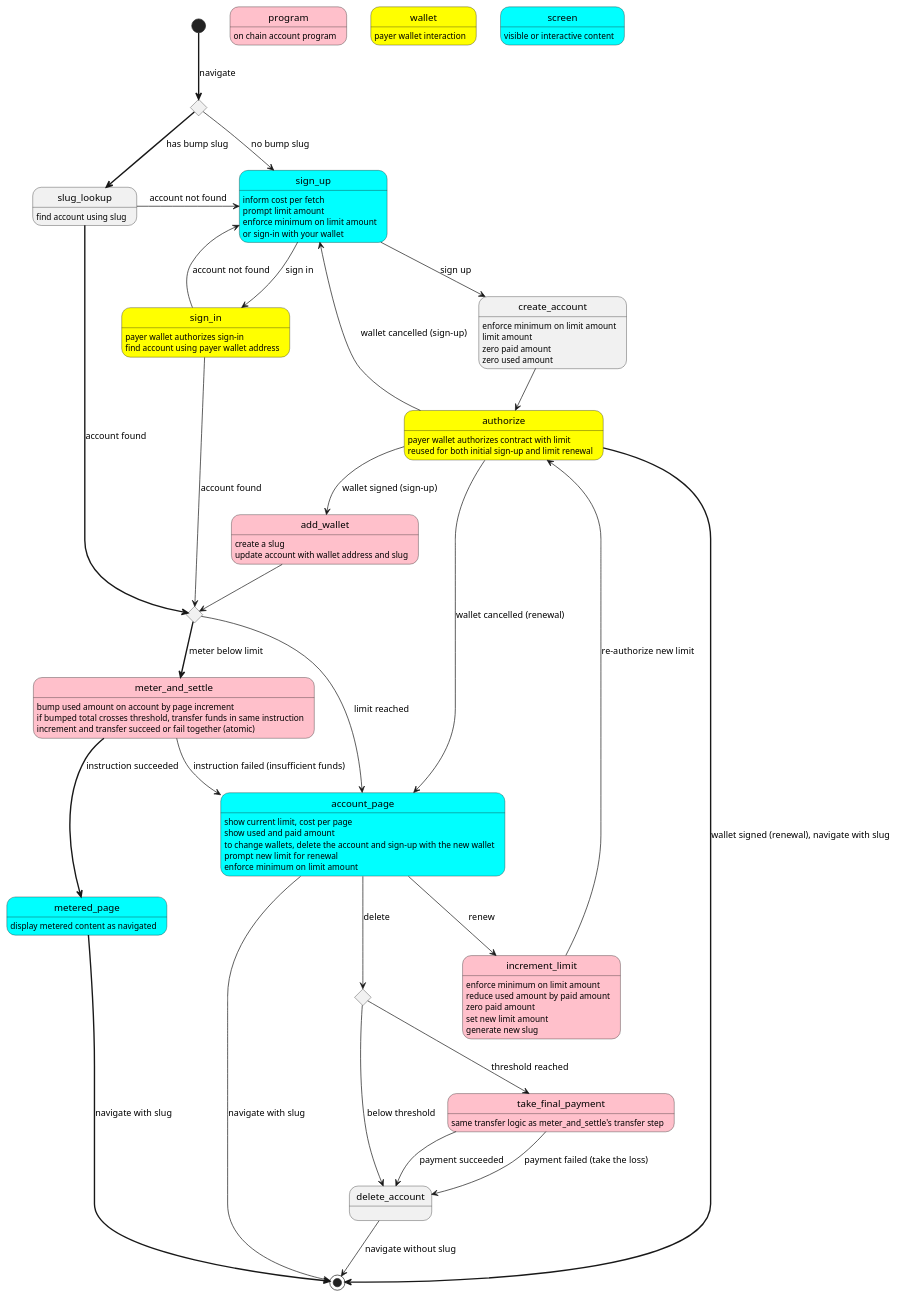
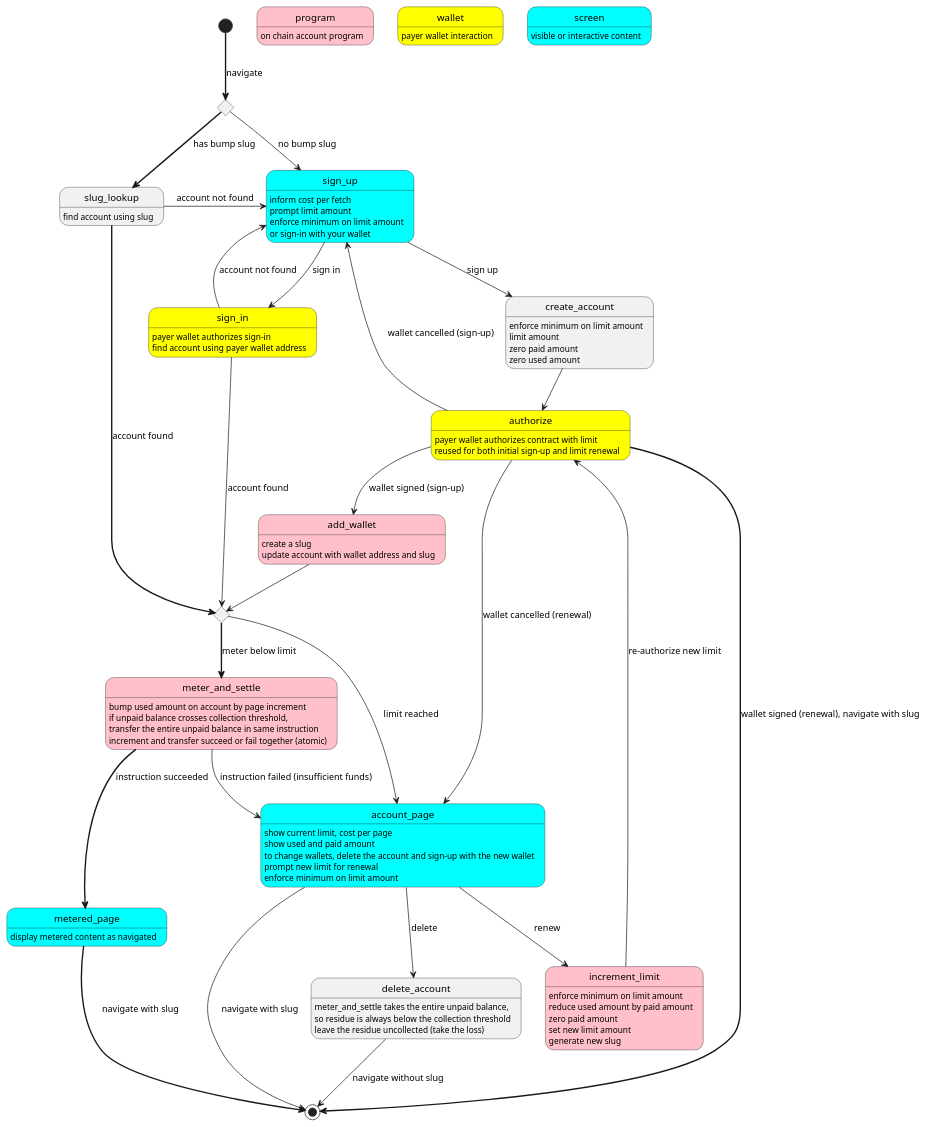
One commit to wbreeze/sol-pay changed the diagram in state-machine.plantuml. Above: the diagram before and after it, drawn with PlantUML. The commit also changed 1 other file, not shown here.

Commit message:
Drop final collection step from state machine
meter_and_settle transfers the entire unpaid balance, so the residue at
delete time is always below the collection threshold. The check_collect
choice and take_final_payment state were therefore unreachable; remove
them and note the reasoning on delete_account.

Also state explicitly that the settle transfers the whole unpaid
balance, distinguishing it from the spending limit.

Claude-Session: https://claude.ai/code/session_014osWYfUwWS1seKMFb6LKZk

```diff
--- a/state-machine.plantuml
+++ b/state-machine.plantuml
@@ -1,102 +1,97 @@
 @startuml
 state program #pink
 program : on chain account program
 
 state wallet #yellow
 wallet : payer wallet interaction
 
 state screen #cyan
 screen : visible or interactive content
 
 state bumpslugcheck <<choice>>
 state sign_up #cyan
 state create_account
 state sign_in #yellow
 state slug_lookup
 state authorize #yellow
 state add_wallet #pink
 state metered_page
 state meter_and_settle #pink
 state check_limit <<choice>>
 state account_page #cyan
 state metered_page #cyan
 state increment_limit #pink
-state check_collect <<choice>>
-state take_final_payment #pink
 state delete_account
 
 [*] -[bold]-> bumpslugcheck : navigate
 bumpslugcheck --> sign_up : no bump slug
 bumpslugcheck -[bold]-> slug_lookup : has bump slug
 
 slug_lookup : find account using slug
 slug_lookup -> sign_up : account not found
 slug_lookup -[bold]-> check_limit : account found
 
 sign_up : inform cost per fetch
 sign_up : prompt limit amount
 sign_up : enforce minimum on limit amount
 sign_up : or sign-in with your wallet
 sign_up --> create_account : sign up
 sign_up --> sign_in : sign in
 
 sign_in : payer wallet authorizes sign-in
 sign_in : find account using payer wallet address
 sign_in --> check_limit : account found
 sign_in --> sign_up : account not found
 
 create_account : enforce minimum on limit amount
 create_account : limit amount
 create_account : zero paid amount
 create_account : zero used amount
 create_account --> authorize
 
 authorize : payer wallet authorizes contract with limit
 authorize : reused for both initial sign-up and limit renewal
 authorize -> sign_up : wallet cancelled (sign-up)
 authorize --> add_wallet : wallet signed (sign-up)
 authorize -> account_page : wallet cancelled (renewal)
 authorize -[bold]-> [*] : wallet signed (renewal), navigate with slug
 
 add_wallet : create a slug
 add_wallet : update account with wallet address and slug
 add_wallet --> check_limit
 
 metered_page : display metered content as navigated
 metered_page -[bold]-> [*] : navigate with slug
 
 meter_and_settle : bump used amount on account by page increment
-meter_and_settle : if bumped total crosses threshold, transfer funds in same instruction
+meter_and_settle : if unpaid balance crosses collection threshold,
+meter_and_settle : transfer the entire unpaid balance in same instruction
 meter_and_settle : increment and transfer succeed or fail together (atomic)
 meter_and_settle -[bold]-> metered_page : instruction succeeded
 meter_and_settle --> account_page : instruction failed (insufficient funds)
 
 check_limit -> account_page : limit reached
 check_limit -[bold]-> meter_and_settle : meter below limit
 
 account_page: show current limit, cost per page
 account_page: show used and paid amount
 account_page: to change wallets, delete the account and sign-up with the new wallet
 account_page: prompt new limit for renewal
 account_page: enforce minimum on limit amount
 account_page -> [*] : navigate with slug
 account_page --> increment_limit : renew
-account_page --> check_collect : delete
+account_page --> delete_account : delete
 
 increment_limit: enforce minimum on limit amount
 increment_limit: reduce used amount by paid amount
 increment_limit: zero paid amount
 increment_limit: set new limit amount
 increment_limit: generate new slug
 increment_limit --> authorize : re-authorize new limit
 
-check_collect --> take_final_payment : threshold reached
-check_collect --> delete_account : below threshold
-
-take_final_payment: same transfer logic as meter_and_settle's transfer step
-take_final_payment --> delete_account : payment succeeded
-take_final_payment --> delete_account : payment failed (take the loss)
-
+delete_account : meter_and_settle takes the entire unpaid balance,
+delete_account : so residue is always below the collection threshold
+delete_account : leave the residue uncollected (take the loss)
 delete_account --> [*] : navigate without slug
 
 @enduml
```
